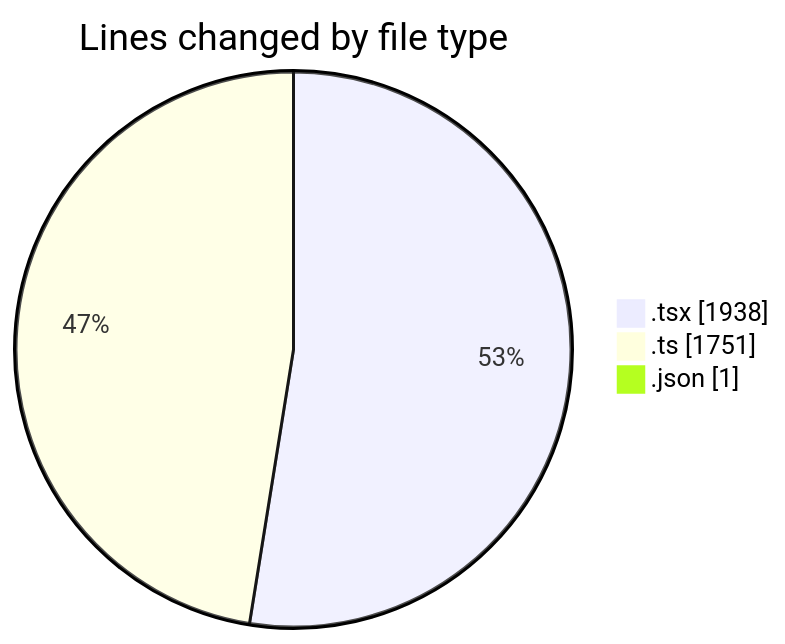
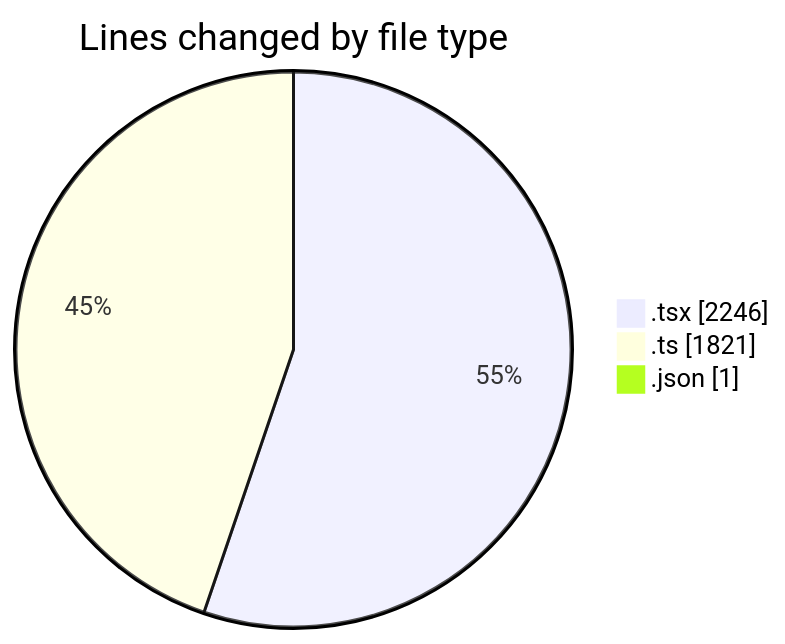
The first of 2 diagrams in 2025-10-08/eventscop-frontend-guide__workspace_/README.md (julien-gomy/code-tracking), drawn with Mermaid before and after one commit. The commit also changed other lines of this file and 1 other file, not shown here.

````diff
--- a/2025-10-08/eventscop-frontend-guide__workspace_/README.md
+++ b/2025-10-08/eventscop-frontend-guide__workspace_/README.md
@@ -35,7 +35,7 @@
 ```mermaid
 pie showData
 title Lines changed by file type
-".tsx" : 1938
-".ts" : 1751
+".tsx" : 2246
+".ts" : 1821
 ".json" : 1
 ```
````
